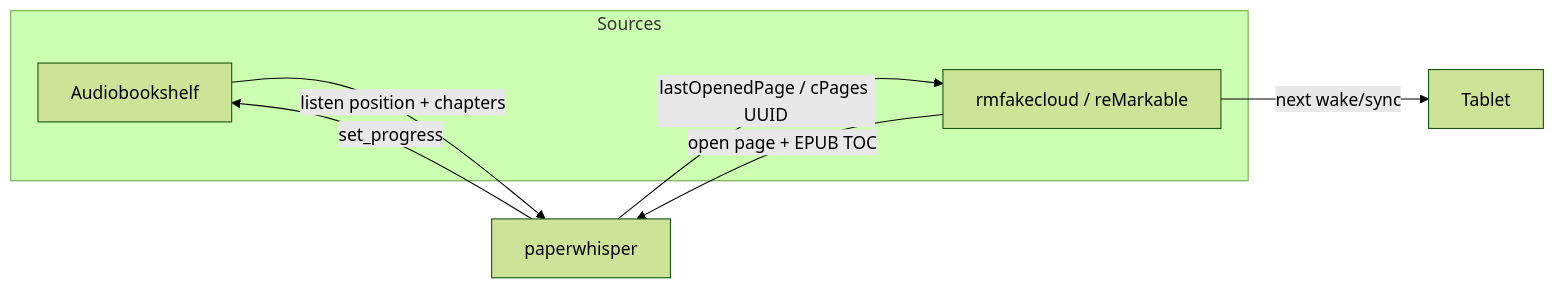
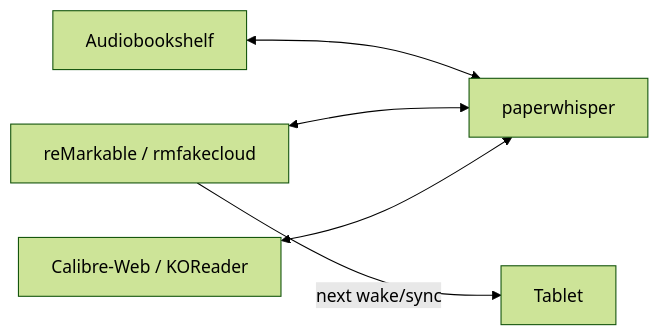
The diagram in README.md (brandonjones24/paperwhisper), drawn with Mermaid (forest theme) before and after one commit. The commit also changed other lines of this file and 14 other files, not shown here.

First line of the commit message:
Treat ABS, reMarkable, and Calibre-Web as equal peers

````diff
--- a/README.md
+++ b/README.md
@@ -53,13 +62,11 @@
 ```mermaid
 flowchart LR
-  subgraph sources [Sources]
-    ABS[Audiobookshelf]
-    RM[rmfakecloud / reMarkable]
-  end
+  ABS[Audiobookshelf]
+  RM[reMarkable / rmfakecloud]
+  CWA[Calibre-Web / KOReader]
   PW[paperwhisper]
-  ABS -->|"listen position + chapters"| PW
-  RM -->|"open page + EPUB TOC"| PW
-  PW -->|"set_progress"| ABS
-  PW -->|"lastOpenedPage / cPages UUID"| RM
+  ABS <--> PW
+  RM <--> PW
+  CWA <--> PW
   RM -->|"next wake/sync"| TAB[Tablet]
 ```
````
